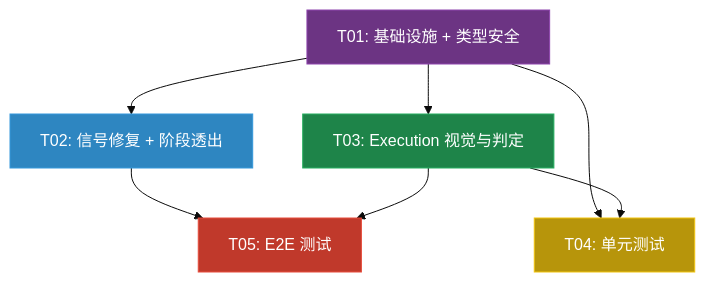
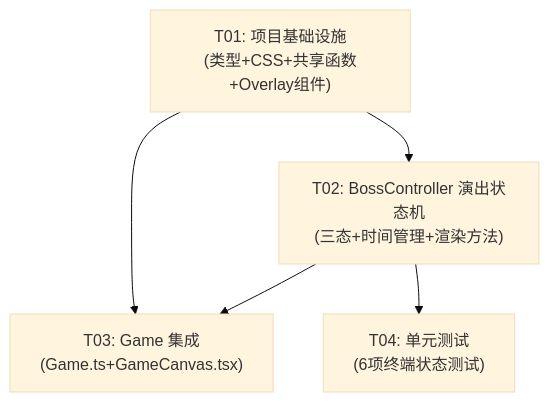
Before and after one commit to HubinAI/one-blade-h5-prototype: the third of 3 diagrams in docs/system_design.md, drawn with Mermaid (base theme). The commit also changed other lines of this file and 15 other files, not shown here.

````diff
--- a/docs/system_design.md
+++ b/docs/system_design.md
@@ -483,15 +663,12 @@
 ```mermaid
 graph TD
-    T01["T01: 基础设施 + 类型安全"] --> T02["T02: 信号修复 + 阶段透出"]
-    T01 --> T03["T03: Execution 视觉与判定"]
-    T01 --> T04["T04: 单元测试"]
-    T02 --> T05["T05: E2E 测试"]
-    T03 --> T04
-    T03 --> T05
+    T01["T01: 项目基础设施<br/>(类型+CSS+共享函数+Overlay组件)"]
+    T02["T02: BossController 演出状态机<br/>(三态+时间管理+渲染方法)"]
+    T03["T03: Game 集成<br/>(Game.ts+GameCanvas.tsx)"]
+    T04["T04: 单元测试<br/>(6项终端状态测试)"]
 
-    style T01 fill:#6c3483,stroke:#8e44ad,color:#fff
-    style T02 fill:#2e86c1,stroke:#3498db,color:#fff
-    style T03 fill:#1e8449,stroke:#27ae60,color:#fff
-    style T04 fill:#b7950b,stroke:#f1c40f,color:#fff
-    style T05 fill:#c0392b,stroke:#e74c3c,color:#fff
+    T01 --> T02
+    T01 --> T03
+    T02 --> T03
+    T02 --> T04
 ```
````
